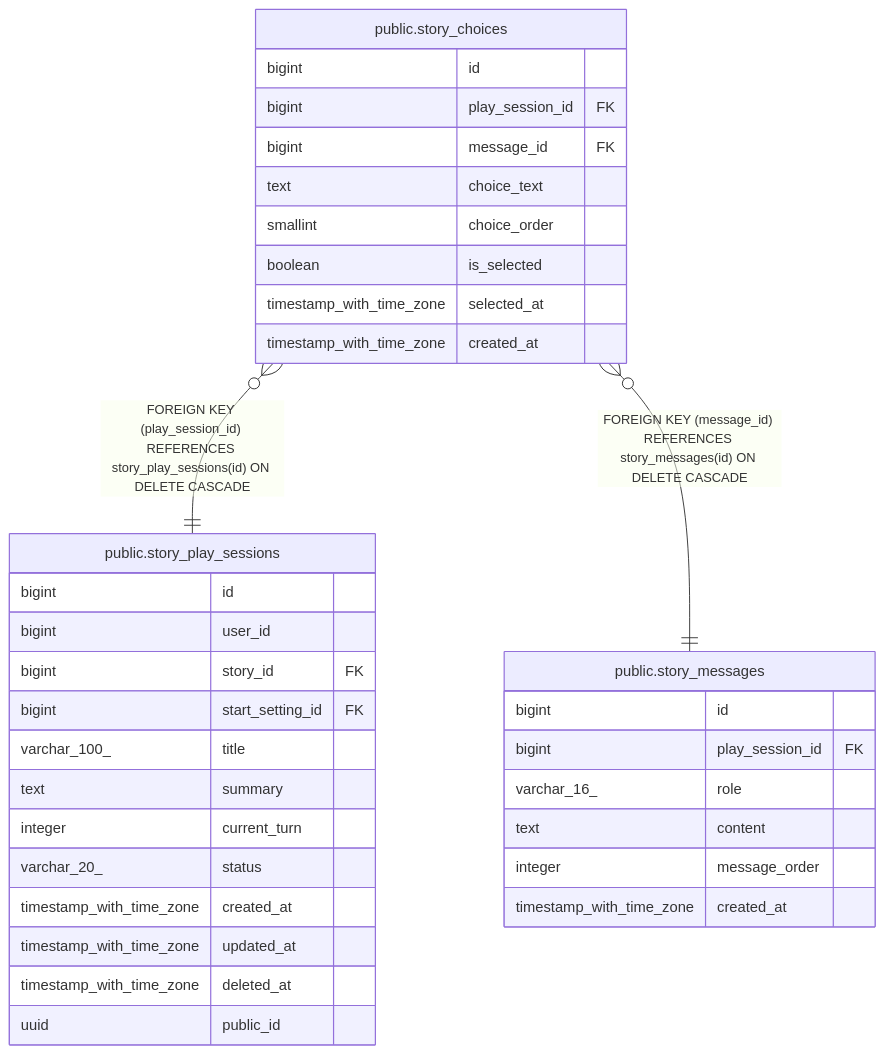
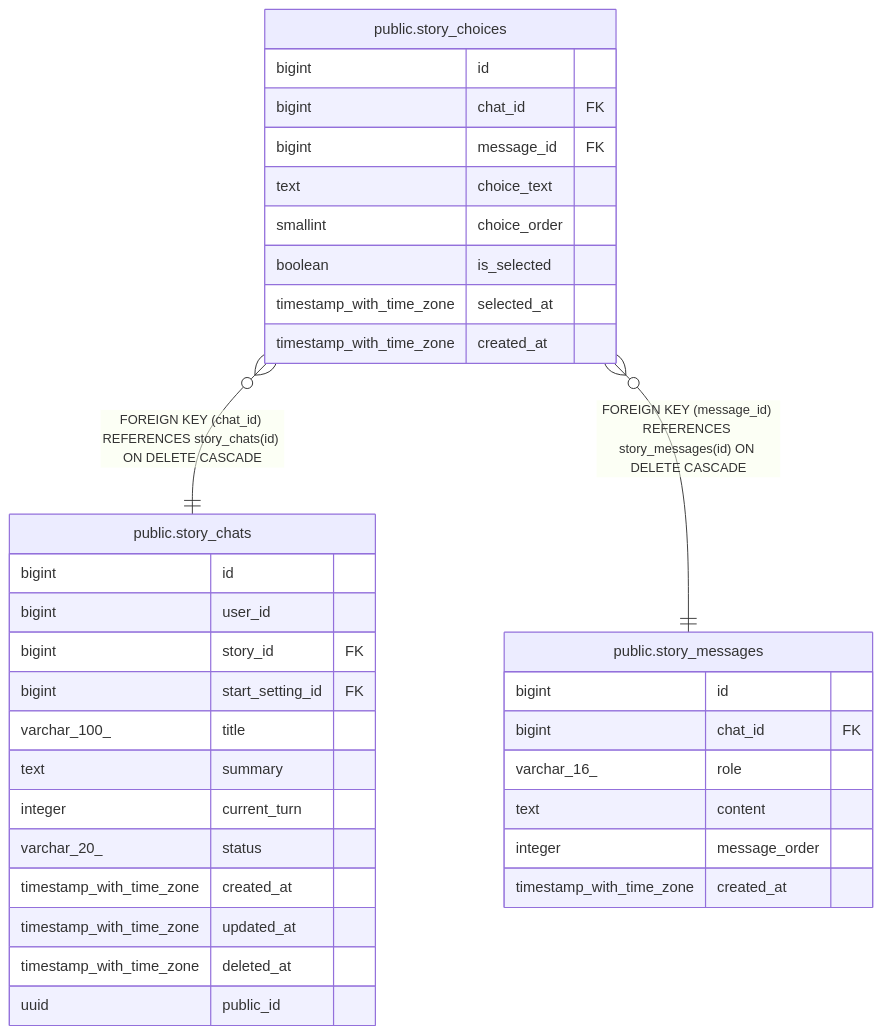
Before and after one commit to KIM-N-KANG/manyak-server: the diagram in dbdoc/public.story_choices.md, drawn with Mermaid. The commit also changed other lines of this file and 25 other files, not shown here.

````diff
--- a/dbdoc/public.story_choices.md
+++ b/dbdoc/public.story_choices.md
@@ -37,39 +37,39 @@
 ```mermaid
 erDiagram
 
-"public.story_choices" }o--|| "public.story_play_sessions" : "FOREIGN KEY (play_session_id) REFERENCES story_play_sessions(id) ON DELETE CASCADE"
+"public.story_choices" }o--|| "public.story_chats" : "FOREIGN KEY (chat_id) REFERENCES story_chats(id) ON DELETE CASCADE"
 "public.story_choices" }o--|| "public.story_messages" : "FOREIGN KEY (message_id) REFERENCES story_messages(id) ON DELETE CASCADE"
 
 "public.story_choices" {
   bigint id
-  bigint play_session_id FK
+  bigint chat_id FK
   bigint message_id FK
   text choice_text
   smallint choice_order
   boolean is_selected
   timestamp_with_time_zone selected_at
   timestamp_with_time_zone created_at
 }
-"public.story_play_sessions" {
+"public.story_chats" {
   bigint id
   bigint user_id
   bigint story_id FK
   bigint start_setting_id FK
   varchar_100_ title
   text summary
   integer current_turn
   varchar_20_ status
   timestamp_with_time_zone created_at
   timestamp_with_time_zone updated_at
   timestamp_with_time_zone deleted_at
   uuid public_id
 }
 "public.story_messages" {
   bigint id
-  bigint play_session_id FK
+  bigint chat_id FK
   varchar_16_ role
   text content
   integer message_order
   timestamp_with_time_zone created_at
 }
 ```
````
